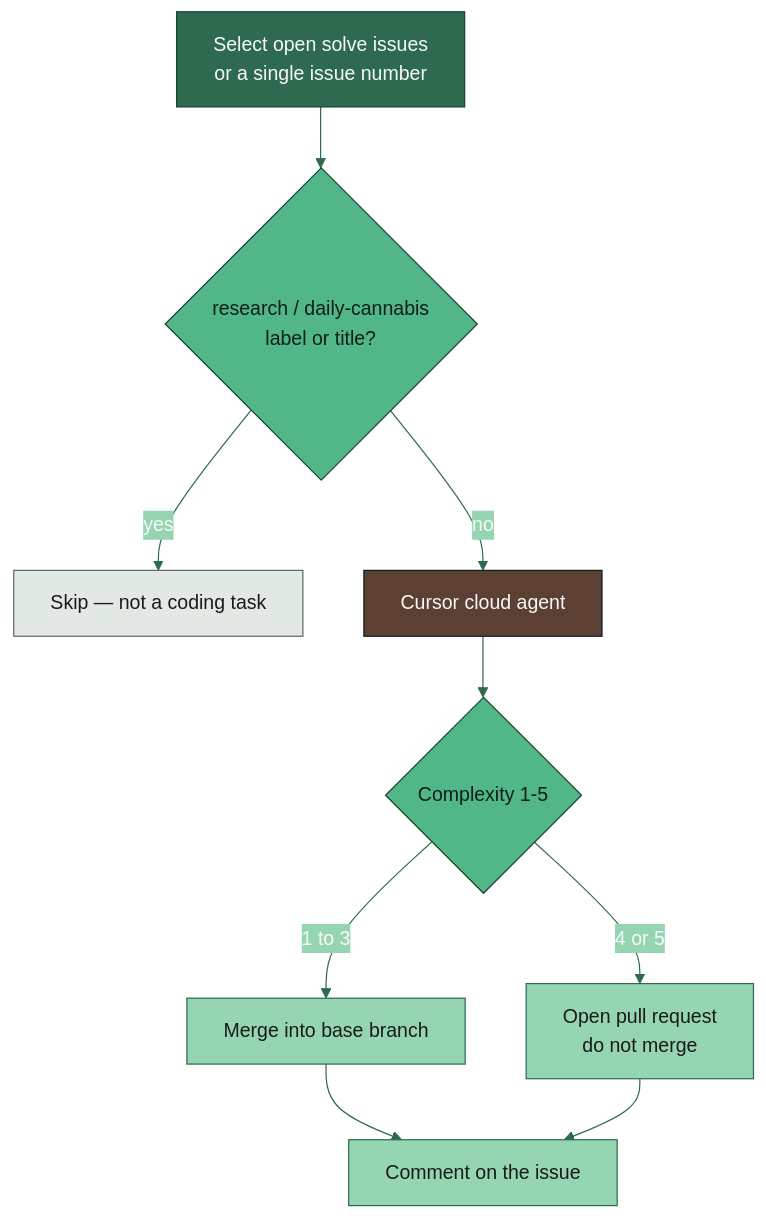
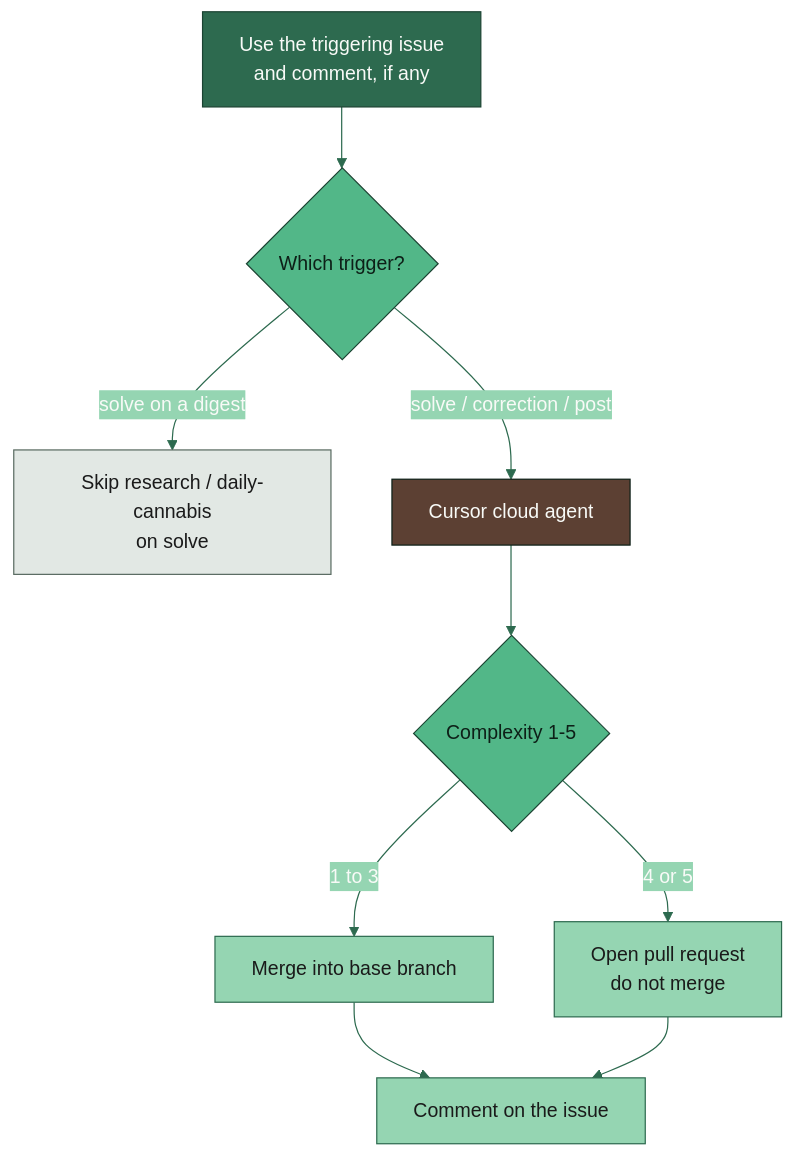
One commit to HenriqueFStephan/medi-canopy changed the second of 2 diagrams in docs/workflows/ai-agent.md. Above: the diagram before and after it, drawn with Mermaid. The commit also changed other lines of this file and 8 other files, not shown here.

````diff
--- a/docs/workflows/ai-agent.md
+++ b/docs/workflows/ai-agent.md
@@ -42,31 +46,31 @@
 ```mermaid
 %%{init: {'theme':'base','themeVariables':{
   'primaryColor':'#1B4332','primaryTextColor':'#F8FAF7',
   'primaryBorderColor':'#0D1F17','lineColor':'#2D6A4F',
   'secondaryColor':'#95D5B2','tertiaryColor':'#F8FAF7',
   'fontFamily':'system-ui, sans-serif'
 }}}%%
 flowchart TB
   classDef step fill:#2D6A4F,stroke:#1B4332,color:#F8FAF7
   classDef decision fill:#52B788,stroke:#1B4332,color:#0D1F17
   classDef output fill:#95D5B2,stroke:#2D6A4F,color:#1A1A1A
   classDef skip fill:#E2E8E4,stroke:#5A6B62,color:#1A1A1A
   classDef ext fill:#5C4033,stroke:#0D1F17,color:#F8FAF7
 
-  Pick["Select open solve issues<br/>or a single issue number"]:::step
-  Research{"research / daily-cannabis<br/>label or title?"}:::decision
-  Skip["Skip — not a coding task"]:::skip
+  Pick["Use the triggering issue<br/>and comment, if any"]:::step
+  Kind{"Which trigger?"}:::decision
+  SkipSolve["Skip research / daily-cannabis<br/>on solve"]:::skip
   Cursor["Cursor cloud agent"]:::ext
   Rate{"Complexity 1-5"}:::decision
   Merge["Merge into base branch"]:::output
   PR["Open pull request<br/>do not merge"]:::output
   Comment["Comment on the issue"]:::output
 
-  Pick --> Research
-  Research -->|yes| Skip
-  Research -->|no| Cursor --> Rate
+  Pick --> Kind
+  Kind -->|solve on a digest| SkipSolve
+  Kind -->|solve / correction / post| Cursor --> Rate
   Rate -->|1 to 3| Merge
   Rate -->|4 or 5| PR
   Merge --> Comment
   PR --> Comment
 ```
````
